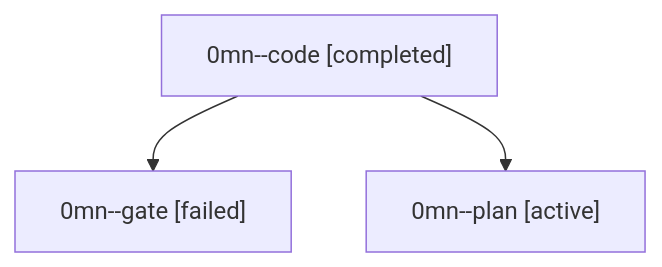
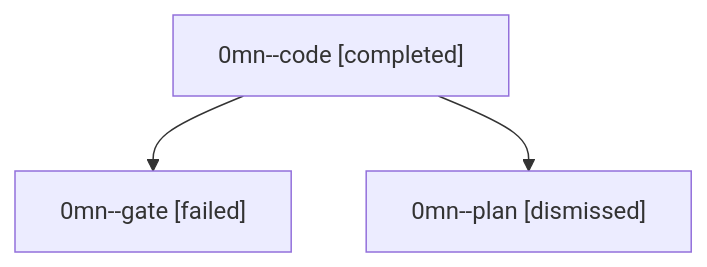
One commit to sase-org/sase--agents changed the diagram in sessions/bbugyi200.athena.0mn.md. Above: the diagram before and after it, drawn with Mermaid. The commit also changed other lines of this file and 36 other files, not shown here.

````diff
--- a/sessions/bbugyi200.athena.0mn.md
+++ b/sessions/bbugyi200.athena.0mn.md
@@ -9,8 +9,8 @@
 ```mermaid
 flowchart TD
   n0["0mn--code [completed]"]
   n1["0mn--gate [failed]"]
   n0 --> n1
-  n2["0mn--plan [active]"]
+  n2["0mn--plan [dismissed]"]
   n0 --> n2
 ```
````
